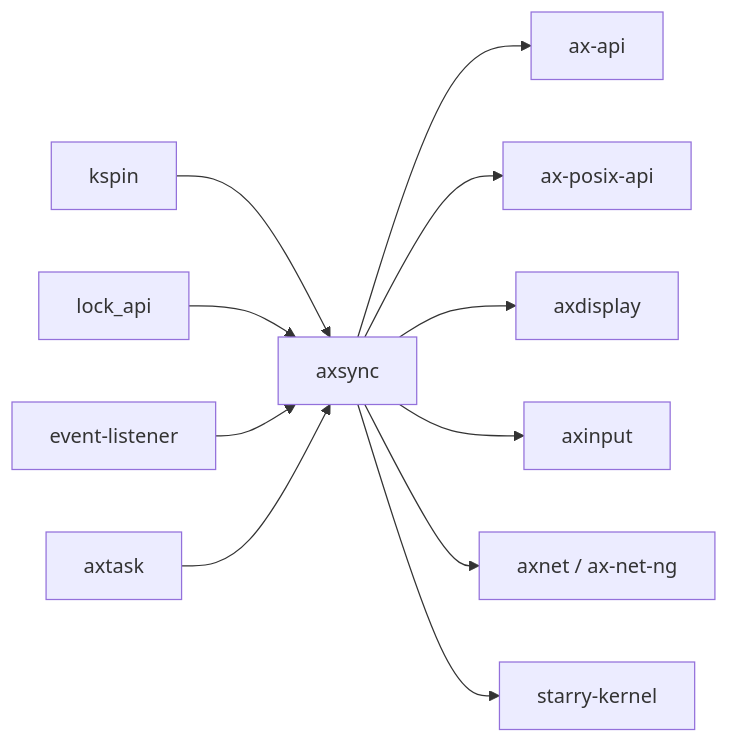
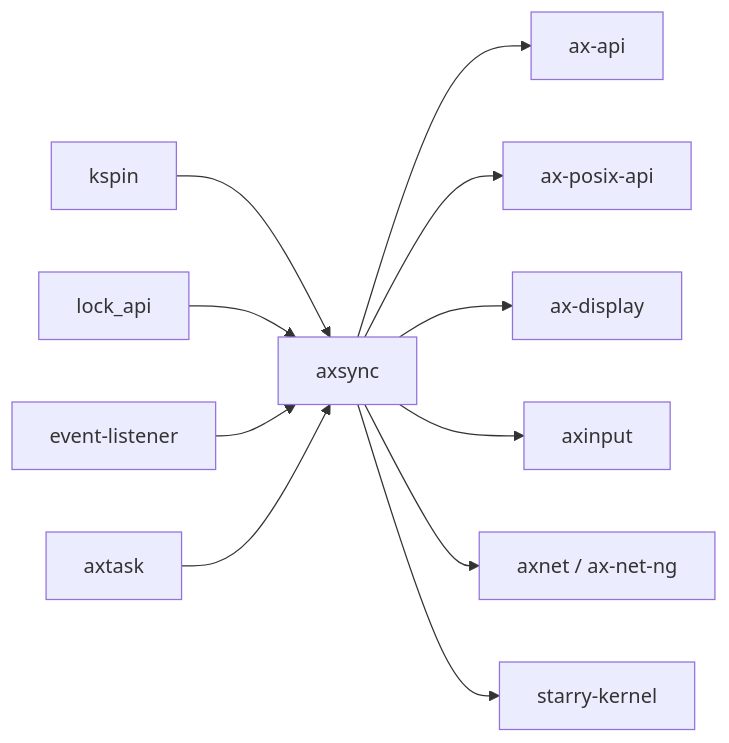
One commit to zKurisu/tgoskits changed the second of 2 diagrams in docs/crates/axsync.md. Above: the diagram before and after it, drawn with Mermaid. The commit also changed other lines of this file and 42 other files, not shown here.

Commit message:
rename axdisplay to ax-display

````diff
--- a/docs/crates/axsync.md
+++ b/docs/crates/axsync.md
@@ -109,14 +109,14 @@
 ```mermaid
 graph LR
     kspin["kspin"] --> axsync["axsync"]
     lock_api["lock_api"] --> axsync
     event_listener["event-listener"] --> axsync
     axtask["axtask"] --> axsync
 
     axsync --> ax-api["ax-api"]
     axsync --> ax-posix-api["ax-posix-api"]
-    axsync --> axdisplay["axdisplay"]
+    axsync --> ax-display["ax-display"]
     axsync --> axinput["axinput"]
     axsync --> axnet["axnet / ax-net-ng"]
     axsync --> starry_kernel["starry-kernel"]
 ```
````
